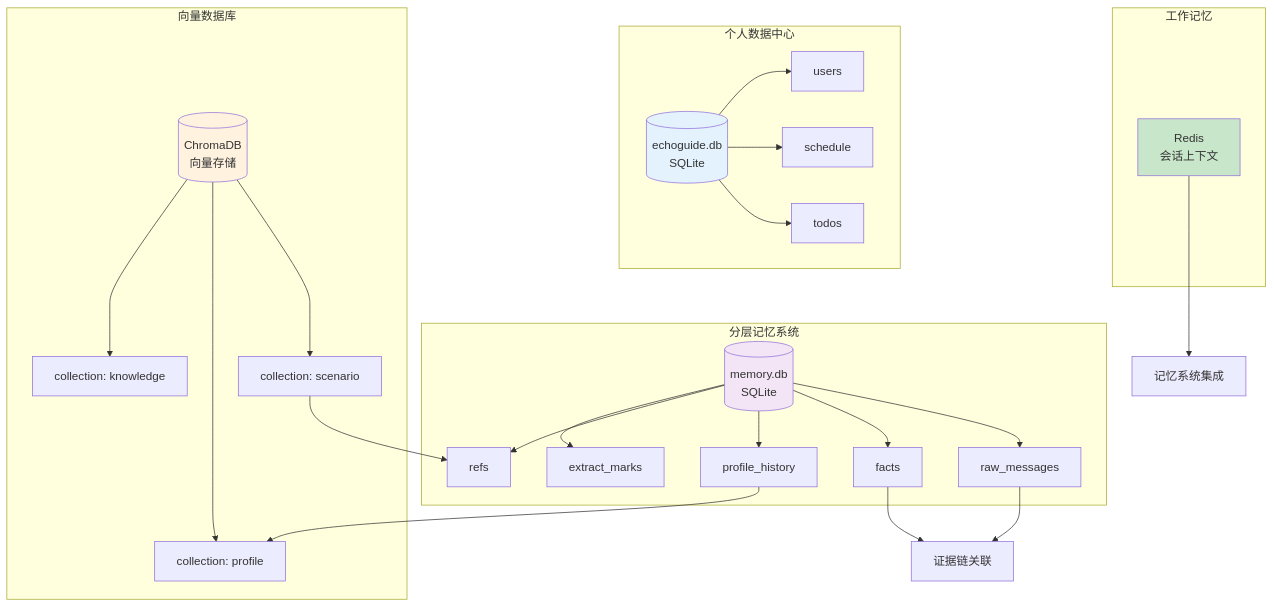
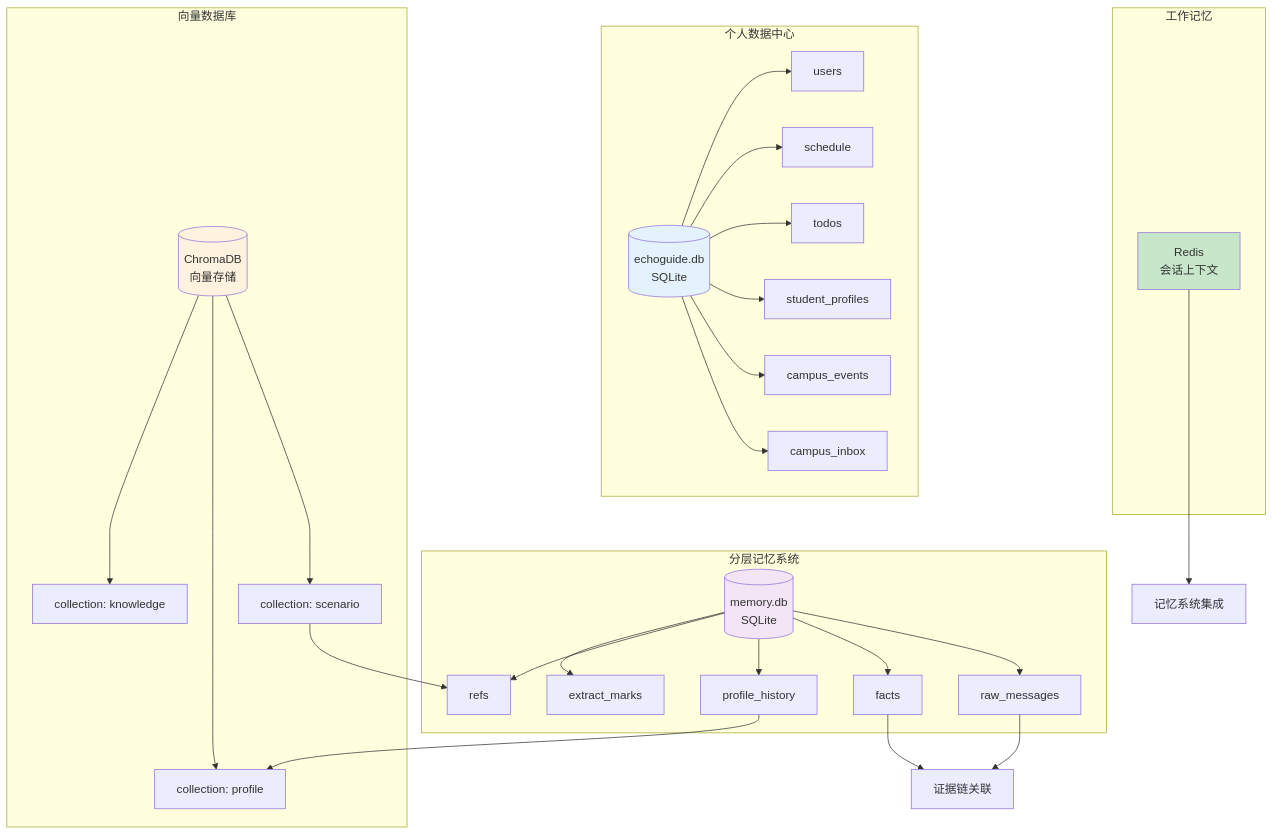
The first of 6 diagrams in docs/database-er.md (iam-epiphany/XGuide), drawn with Mermaid before and after one commit. The commit also changed other lines of this file and 6 other files, not shown here.

````diff
--- a/docs/database-er.md
+++ b/docs/database-er.md
@@ -17,57 +17,63 @@
 ```mermaid
 graph TB
     subgraph "个人数据中心"
         echoguide[(echoguide.db<br/>SQLite)]
         Users[users]
         Schedule[schedule]
         Todos[todos]
+        StudentProfiles[student_profiles]
+        CampusEvents[campus_events]
+        CampusInbox[campus_inbox]
     end
 
     subgraph "分层记忆系统"
         memory[(memory.db<br/>SQLite)]
         RawMessages[raw_messages]
         Facts[facts]
         ProfileHistory[profile_history]
         Refs[refs]
         ExtractMarks[extract_marks]
     end
 
     subgraph "向量数据库"
         chroma[(ChromaDB<br/>向量存储)]
         Scenario[collection: scenario]
         Profile[collection: profile]
         Knowledge[collection: knowledge]
     end
 
     subgraph "工作记忆"
         redis[Redis<br/>会话上下文]
     end
 
     echoguide --> Users
     echoguide --> Schedule
     echoguide --> Todos
+    echoguide --> StudentProfiles
+    echoguide --> CampusEvents
+    echoguide --> CampusInbox
 
     memory --> RawMessages
     memory --> Facts
     memory --> ProfileHistory
     memory --> Refs
     memory --> ExtractMarks
 
     chroma --> Scenario
     chroma --> Profile
     chroma --> Knowledge
 
     RawMessages --> Evidence[证据链关联]
     Facts --> Evidence
 
     ProfileHistory --> Profile
 
     Scenario --> Refs
 
     redis --> Memory[记忆系统集成]
 
     style echoguide fill:#e3f2fd
     style memory fill:#f3e5f5
     style chroma fill:#fff3e0
     style redis fill:#c8e6c9
 ```
````
